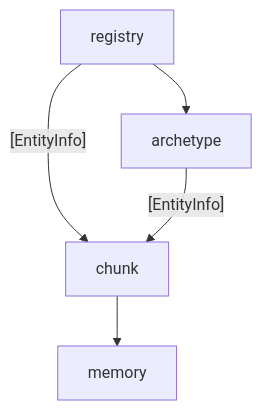
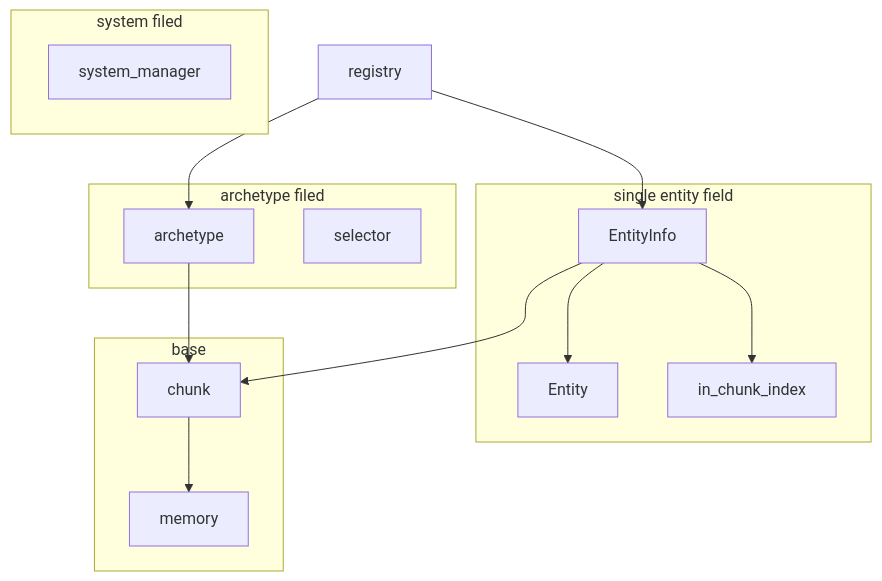
The diagram in doc/cecs.md (AkiyamaZw/cloud-libs), drawn with Mermaid before and after one commit. The commit also changed 2 other files, not shown here.

Commit message:
stage cmt

````diff
--- a/doc/cecs.md
+++ b/doc/cecs.md
@@ -1,9 +1,29 @@
 ```mermaid
 
 graph TD
 
-registry--[EntityInfo]-->chunk
-archetype--[EntityInfo]-->chunk-->memory
 registry-->archetype
+registry-->EntityInfo
 
+
+subgraph system filed
+system_manager
+end
+
+subgraph single entity field
+EntityInfo-->Entity
+EntityInfo-->in_chunk_index
+end
+
+subgraph archetype filed
+archetype
+selector
+end
+
+subgraph base
+chunk-->memory
+archetype-->chunk
+end
+
+EntityInfo-->chunk
 ```
````
